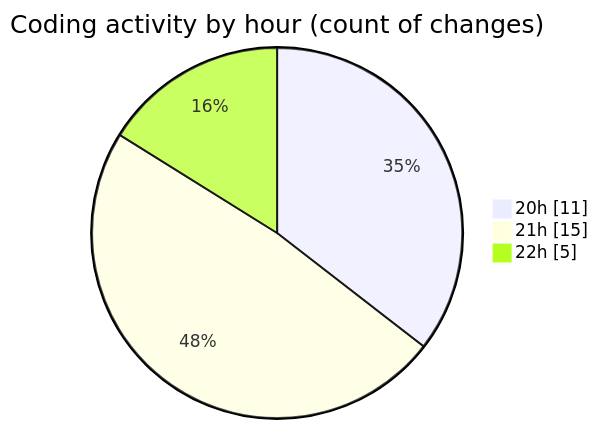
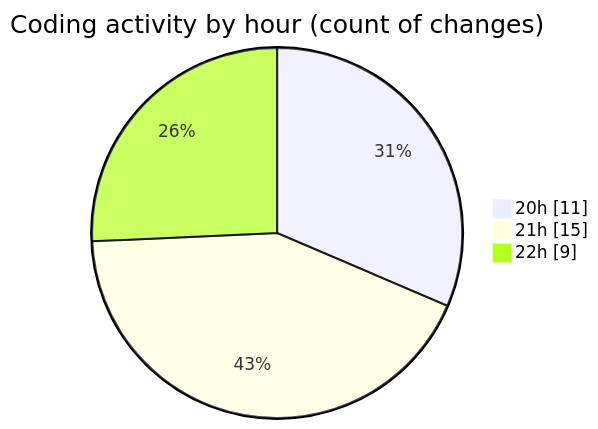
Before and after one commit to idhammustaqopulfikri/code-tracking: the second of 2 diagrams in 2025-04-10/test/README.md, drawn with Mermaid. The commit also changed other lines of this file and 1 other file, not shown here.

````diff
--- a/2025-04-10/test/README.md
+++ b/2025-04-10/test/README.md
@@ -46,7 +47,7 @@
 ```mermaid
 pie showData
 title Coding activity by hour (count of changes)
 "20h" : 11
 "21h" : 15
-"22h" : 5
+"22h" : 9
 ```
````
